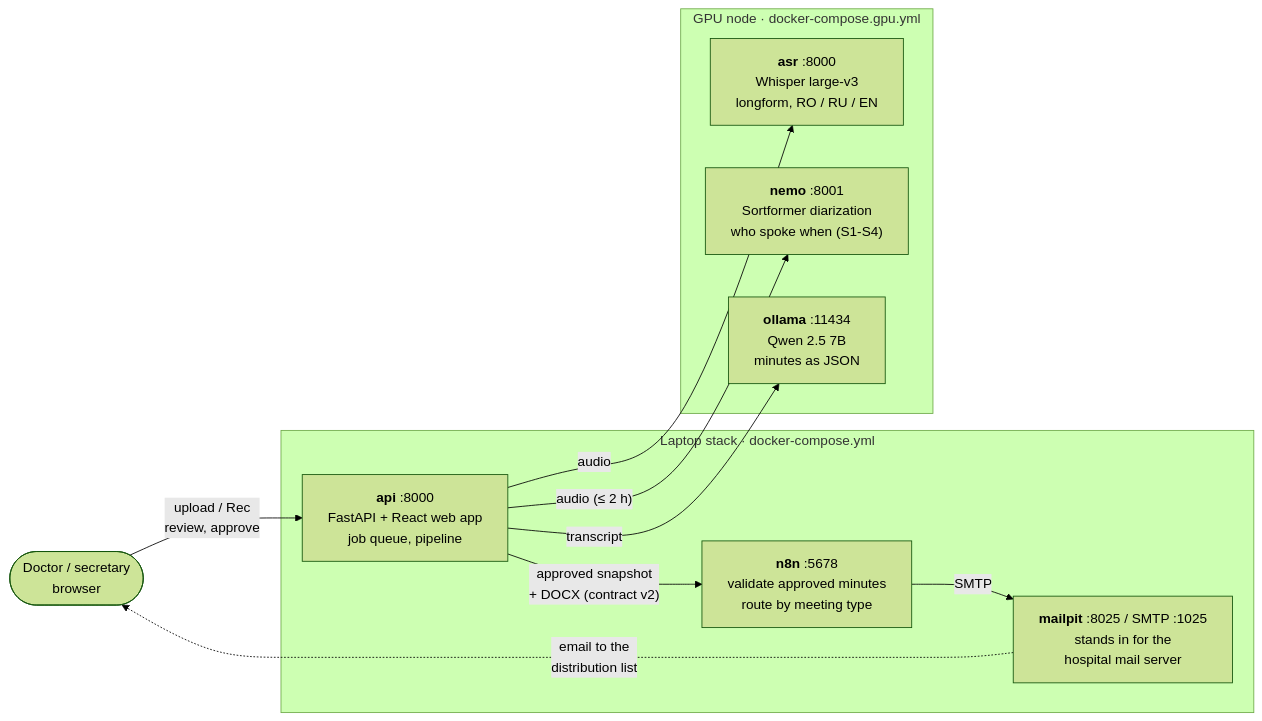
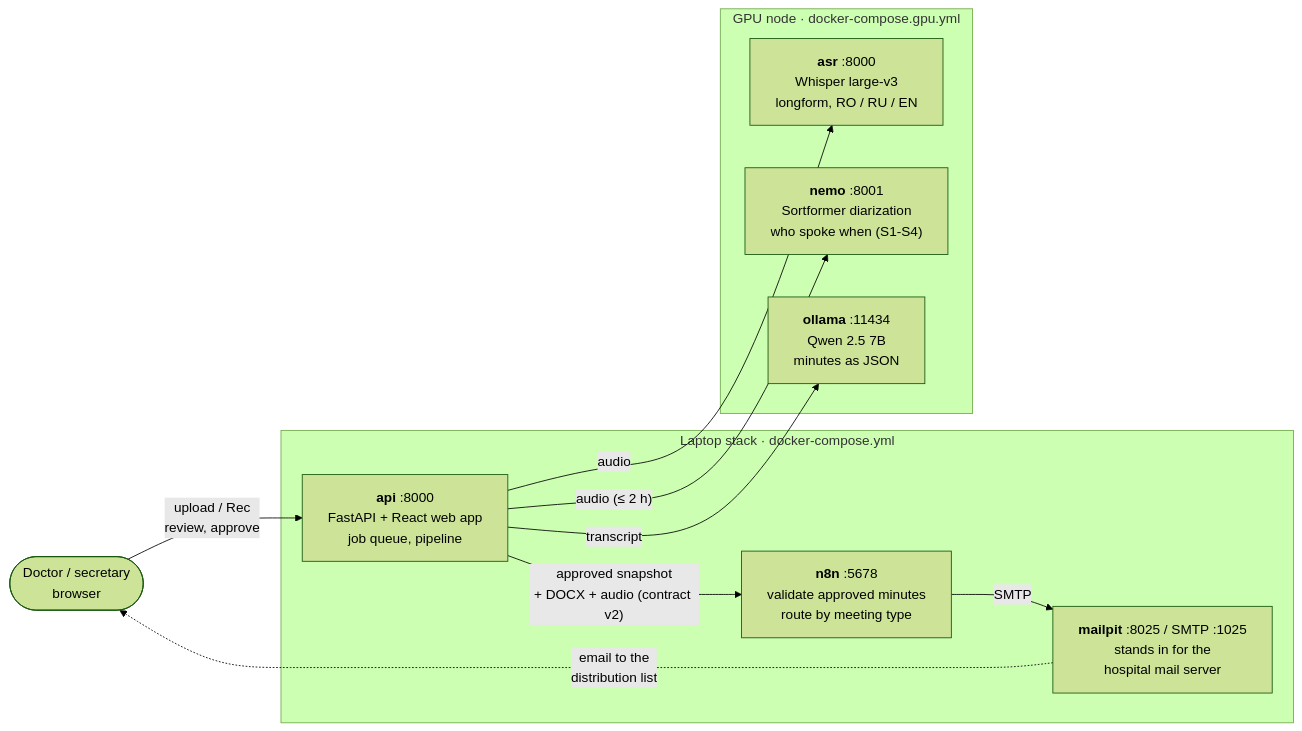
The first of 5 diagrams in docs/architecture.md (Klavrin/gigahack26-mom-challenge), drawn with Mermaid (forest theme) before and after one commit. The commit also changed other lines of this file and 18 other files, not shown here.

````diff
--- a/docs/architecture.md
+++ b/docs/architecture.md
@@ -8,24 +8,24 @@
 ```mermaid
 flowchart LR
     user(["Doctor / secretary<br/>browser"])
 
     subgraph laptop["Laptop stack · docker-compose.yml"]
         api["<b>api</b> :8000<br/>FastAPI + React web app<br/>job queue, pipeline"]
         n8n["<b>n8n</b> :5678<br/>validate approved minutes<br/>route by meeting type"]
         mail["<b>mailpit</b> :8025 / SMTP :1025<br/>stands in for the<br/>hospital mail server"]
     end
 
     subgraph gpu["GPU node · docker-compose.gpu.yml"]
         asr["<b>asr</b> :8000<br/>Whisper large-v3<br/>longform, RO / RU / EN"]
         nemo["<b>nemo</b> :8001<br/>Sortformer diarization<br/>who spoke when (S1-S4)"]
         llm["<b>ollama</b> :11434<br/>Qwen 2.5 7B<br/>minutes as JSON"]
     end
 
     user -- "upload / Rec<br/>review, approve" --> api
     api -- "audio" --> asr
     api -- "audio (≤ 2 h)" --> nemo
     api -- "transcript" --> llm
-    api -- "approved snapshot<br/>+ DOCX (contract v2)" --> n8n
+    api -- "approved snapshot<br/>+ DOCX + audio (contract v2)" --> n8n
     n8n -- "SMTP" --> mail
     mail -. "email to the<br/>distribution list" .-> user
 ```
````
